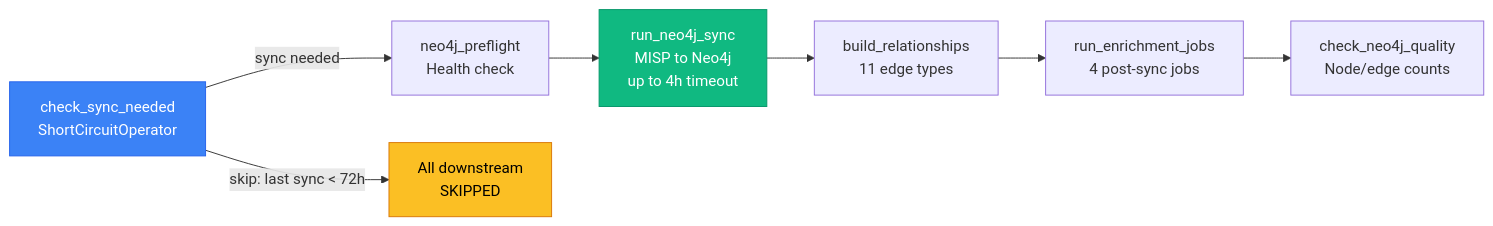
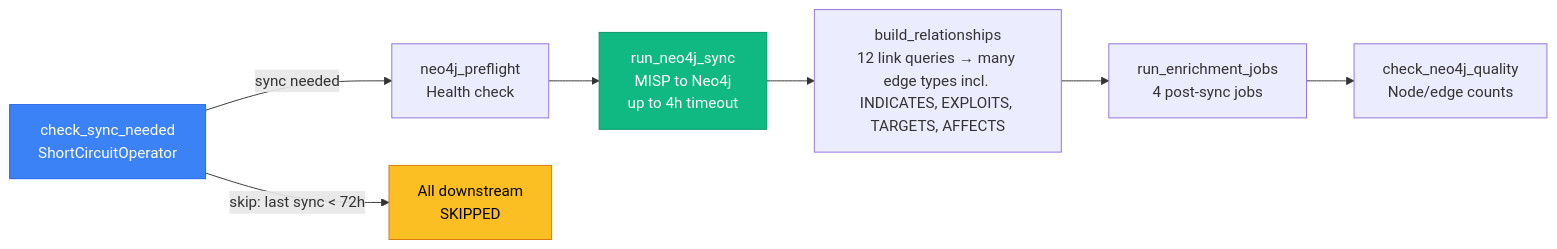
The fifth of 8 diagrams in docs/ARCHITECTURE_DIAGRAMS.md (Kopanov/EdgeGuard-Knowledge-Graph), drawn with Mermaid before and after one commit. The commit also changed other lines of this file and 39 other files, not shown here.

````diff
--- a/docs/ARCHITECTURE_DIAGRAMS.md
+++ b/docs/ARCHITECTURE_DIAGRAMS.md
@@ -185,14 +185,14 @@
 ```mermaid
 flowchart LR
     A[check_sync_needed<br/>ShortCircuitOperator] -->|sync needed| B[neo4j_preflight<br/>Health check]
     B --> C[run_neo4j_sync<br/>MISP to Neo4j<br/>up to 4h timeout]
-    C --> D[build_relationships<br/>11 edge types]
+    C --> D[build_relationships<br/>12 link queries → many edge types incl. INDICATES, EXPLOITS, TARGETS, AFFECTS]
     D --> E[run_enrichment_jobs<br/>4 post-sync jobs]
     E --> F[check_neo4j_quality<br/>Node/edge counts]
 
     A -->|skip: last sync < 72h| SKIP[All downstream<br/>SKIPPED]
 
     style SKIP fill:#fbbf24,stroke:#d97706,color:#000
     style A fill:#3b82f6,stroke:#2563eb,color:#fff
     style C fill:#10b981,stroke:#059669,color:#fff
 ```
````
